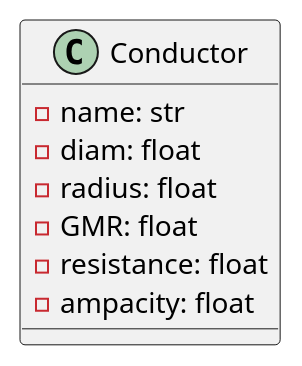
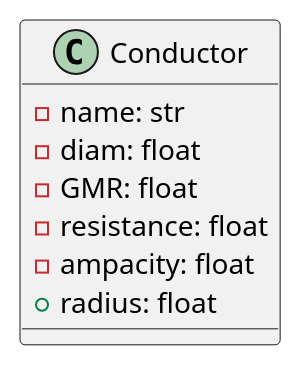
The tenth of 18 diagrams in project2.plantuml (JLipnerPitt/ECE2774-ADV-POWER-SYSTEMS-ANALYSIS), drawn with PlantUML before and after one commit. The commit also changed other lines of this file and 4 other files, not shown here.

```diff
--- a/project2.plantuml
+++ b/project2.plantuml
@@ -97,10 +191,10 @@
 @startuml Conductor
 class Conductor {
-    -name: str
-    -diam: float
-    -radius: float
-    -GMR: float
-    -resistance: float
-    -ampacity: float
+    - name: str
+    - diam: float
+    - GMR: float
+    - resistance: float
+    - ampacity: float
+    + radius: float
 }
 @enduml
```
